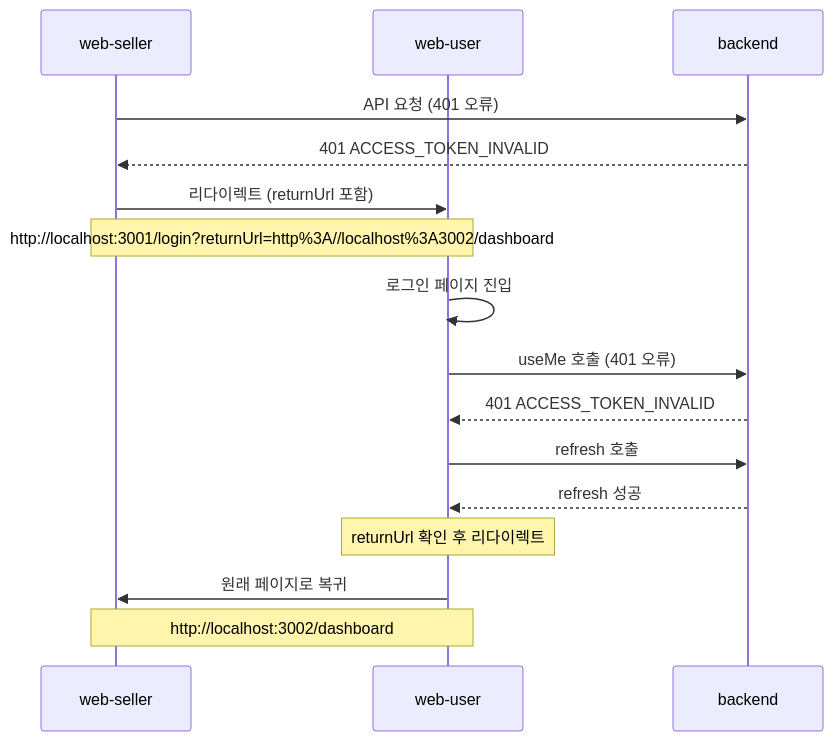
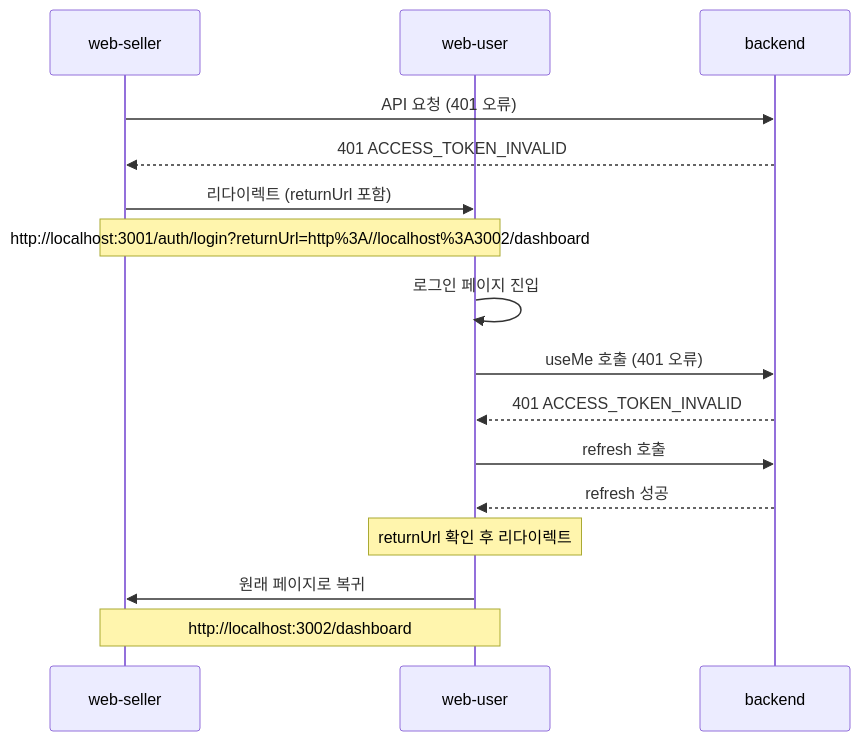
The diagram in docs/common/통합 플랫폼 인증(쿠키 기반) - 가이드.md (picake-team/picake-engineering-backend), drawn with Mermaid before and after one commit. The commit also changed other lines of this file and 4 other files, not shown here.

Commit message:
[FE][FEATURE] Update authentication routes to use /auth prefix; add new pages for login, registration, account recovery, and password reset, along with store detail functionality.

````diff
--- a/docs/common/통합 플랫폼 인증(쿠키 기반) - 가이드.md
+++ b/docs/common/통합 플랫폼 인증(쿠키 기반) - 가이드.md
@@ -109,21 +109,21 @@
 ```mermaid
 sequenceDiagram
     participant S as web-seller
     participant U as web-user
     participant B as backend
 
     S->>B: API 요청 (401 오류)
     B-->>S: 401 ACCESS_TOKEN_INVALID
     S->>U: 리다이렉트 (returnUrl 포함)
-    Note over S,U: http://localhost:3001/login?returnUrl=http%3A//localhost%3A3002/dashboard
+    Note over S,U: http://localhost:3001/auth/login?returnUrl=http%3A//localhost%3A3002/dashboard
 
     U->>U: 로그인 페이지 진입
     U->>B: useMe 호출 (401 오류)
     B-->>U: 401 ACCESS_TOKEN_INVALID
     U->>B: refresh 호출
     B-->>U: refresh 성공
 
     Note over U: returnUrl 확인 후 리다이렉트
     U->>S: 원래 페이지로 복귀
     Note over U,S: http://localhost:3002/dashboard
 ```
````
